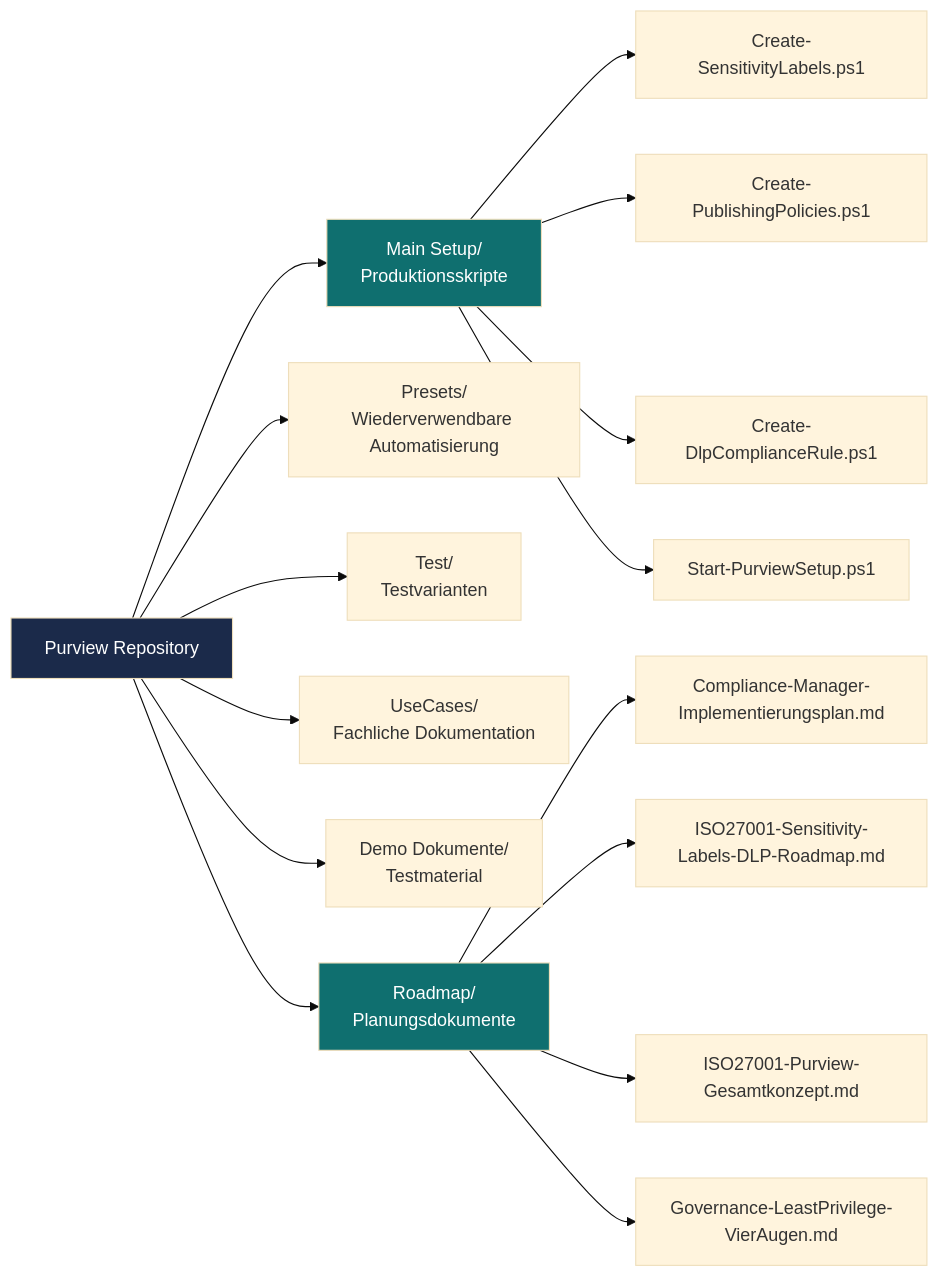
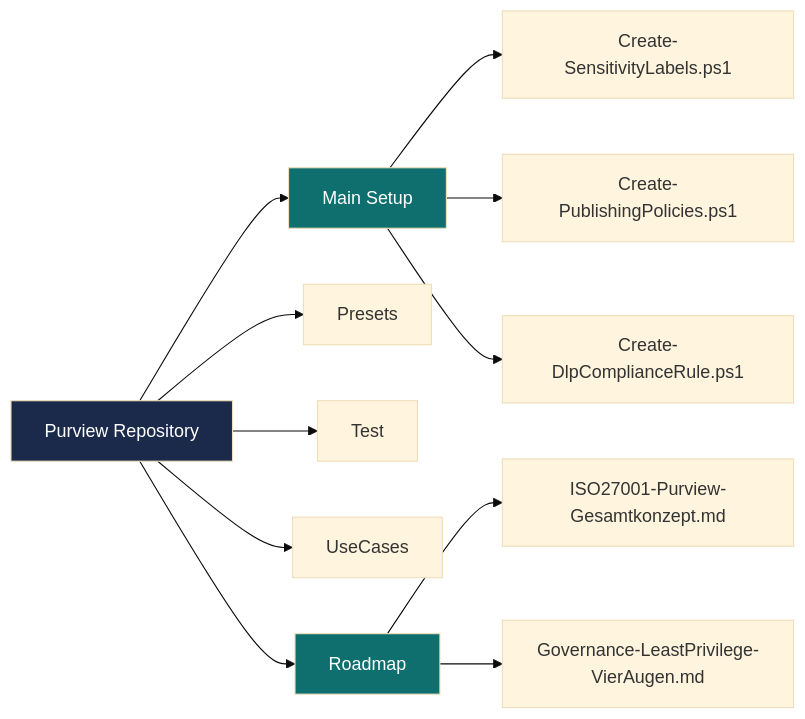
One commit to WeissiEfficiency/Purview changed the first of 10 diagrams in Roadmap/Visualisierungen.md. Above: the diagram before and after it, drawn with Mermaid (base theme). The commit also changed other lines of this file, not shown here.

Commit message:
Roadmap: Visualisierungen ueberarbeitet - technische Fehler behoben, RACI als Tabelle, klarere Layouts

````diff
--- a/Roadmap/Visualisierungen.md
+++ b/Roadmap/Visualisierungen.md
@@ -7,24 +7,19 @@
 ```mermaid
 flowchart LR
-    Root["Purview Repository"]
-    Root --> MS["Main Setup/<br/>Produktionsskripte"]
-    Root --> PS["Presets/<br/>Wiederverwendbare Automatisierung"]
-    Root --> TS["Test/<br/>Testvarianten"]
-    Root --> UC["UseCases/<br/>Fachliche Dokumentation"]
-    Root --> DD["Demo Dokumente/<br/>Testmaterial"]
-    Root --> RM["Roadmap/<br/>Planungsdokumente"]
+    Root["Purview Repository"] --> MS["Main Setup"]
+    Root --> PS["Presets"]
+    Root --> TS["Test"]
+    Root --> UC["UseCases"]
+    Root --> RM["Roadmap"]
 
     MS --> MS1["Create-SensitivityLabels.ps1"]
     MS --> MS2["Create-PublishingPolicies.ps1"]
     MS --> MS3["Create-DlpComplianceRule.ps1"]
-    MS --> MS4["Start-PurviewSetup.ps1"]
 
-    RM --> RM1["Compliance-Manager-Implementierungsplan.md"]
-    RM --> RM2["ISO27001-Sensitivity-Labels-DLP-Roadmap.md"]
     RM --> RM3["ISO27001-Purview-Gesamtkonzept.md"]
     RM --> RM4["Governance-LeastPrivilege-VierAugen.md"]
 
     style Root fill:#1b2a4a,color:#fff
     style MS fill:#0f6f6f,color:#fff
     style RM fill:#0f6f6f,color:#fff
 ```
````
